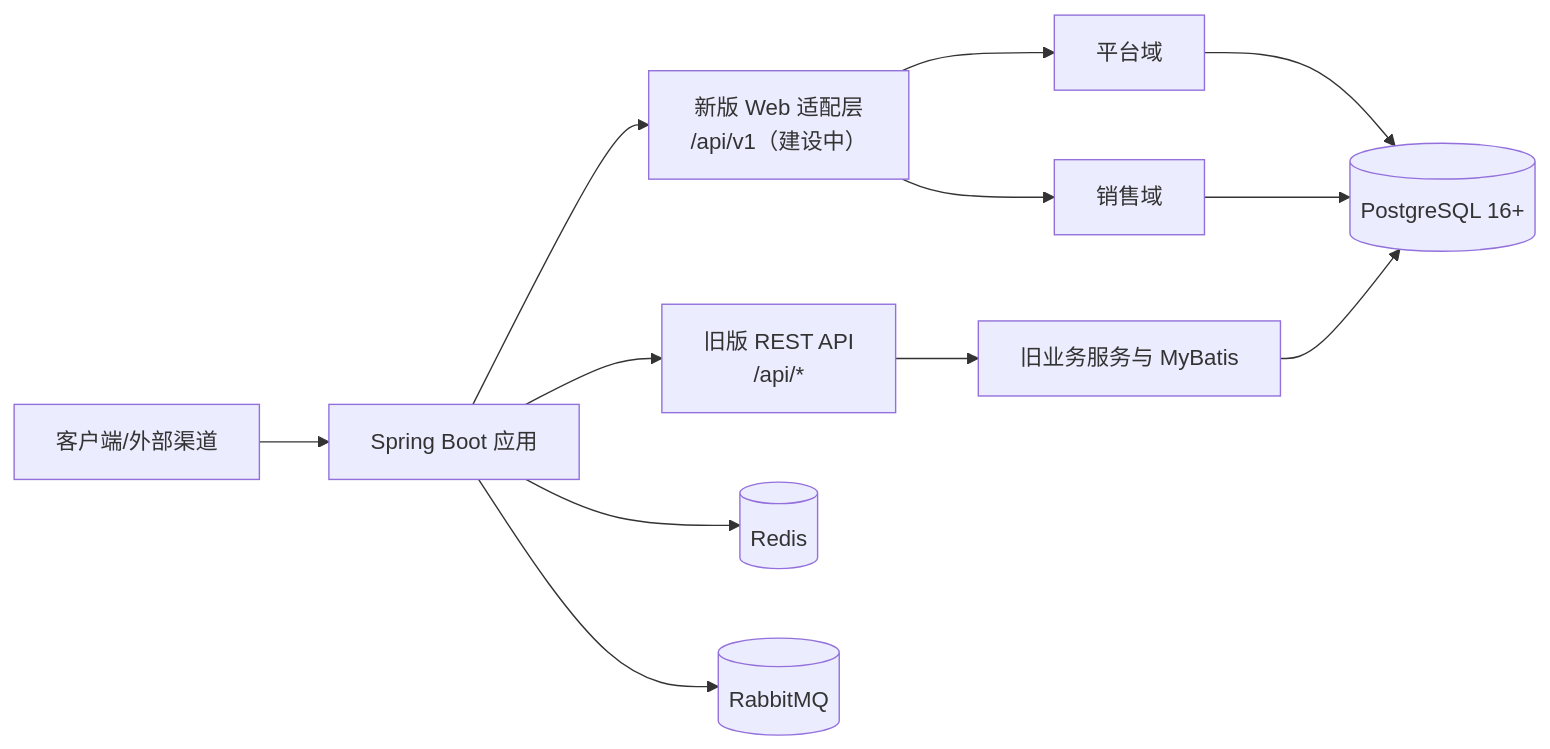
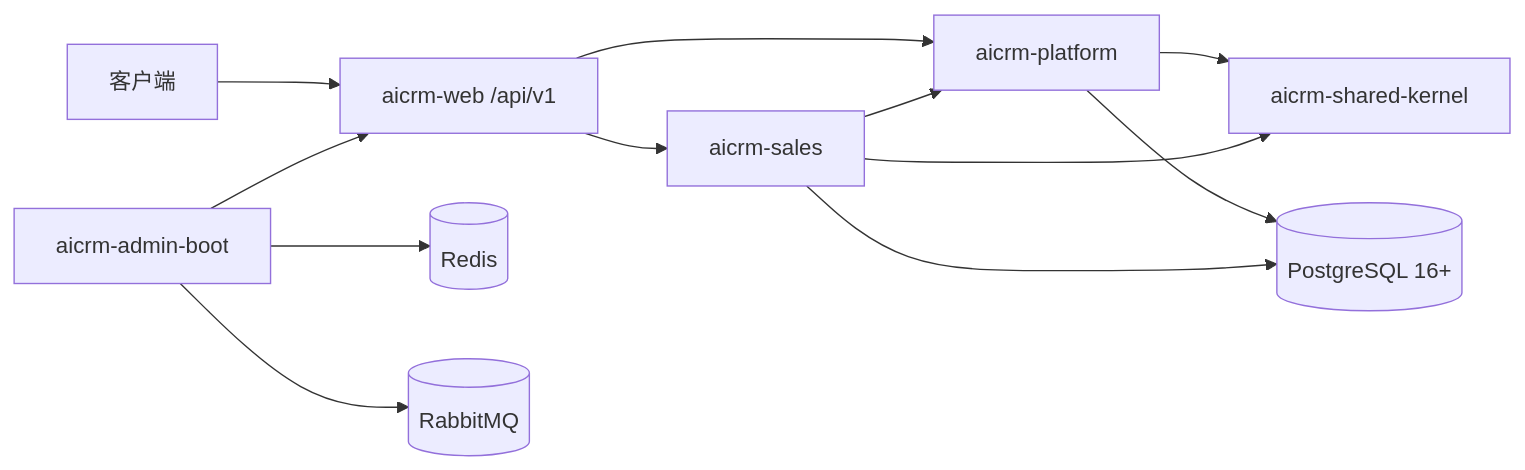
One commit to Squirtles331/AiCRM changed the diagram in README.md. Above: the diagram before and after it, drawn with Mermaid. The commit also changed other lines of this file and 296 other files, not shown here.

First line of the commit message:
refactor(architecture): 切换至单轨架构，清理全部旧版遗留代码

````diff
--- a/README.md
+++ b/README.md
@@ -33,14 +27,14 @@
 ```mermaid
 flowchart LR
-    C[客户端/外部渠道] --> W[Spring Boot 应用]
-    W --> API[旧版 REST API<br/>/api/*]
-    W --> WEB[新版 Web 适配层<br/>/api/v1（建设中）]
-    API --> S[旧业务服务与 MyBatis]
-    WEB --> P[平台域]
-    WEB --> D[销售域]
+    C[客户端] --> W["aicrm-web /api/v1"]
+    W --> P[aicrm-platform]
+    W --> S[aicrm-sales]
+    S --> P
+    P --> K[aicrm-shared-kernel]
+    S --> K
     P --> PG[(PostgreSQL 16+)]
-    D --> PG
     S --> PG
-    W --> R[(Redis)]
-    W --> MQ[(RabbitMQ)]
+    B[aicrm-admin-boot] --> W
+    B --> R[(Redis)]
+    B --> MQ[(RabbitMQ)]
 ```
````
